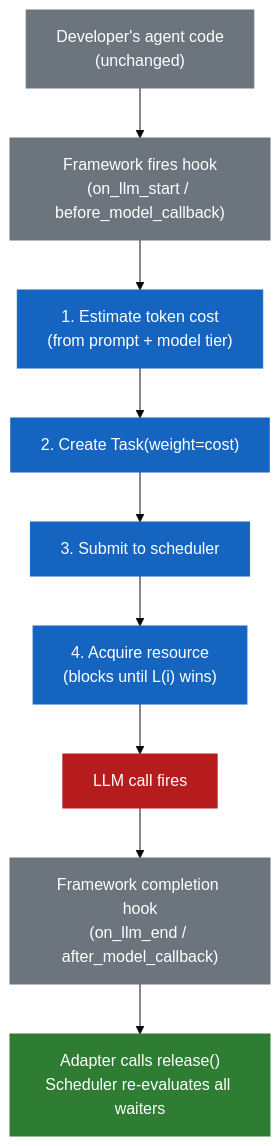
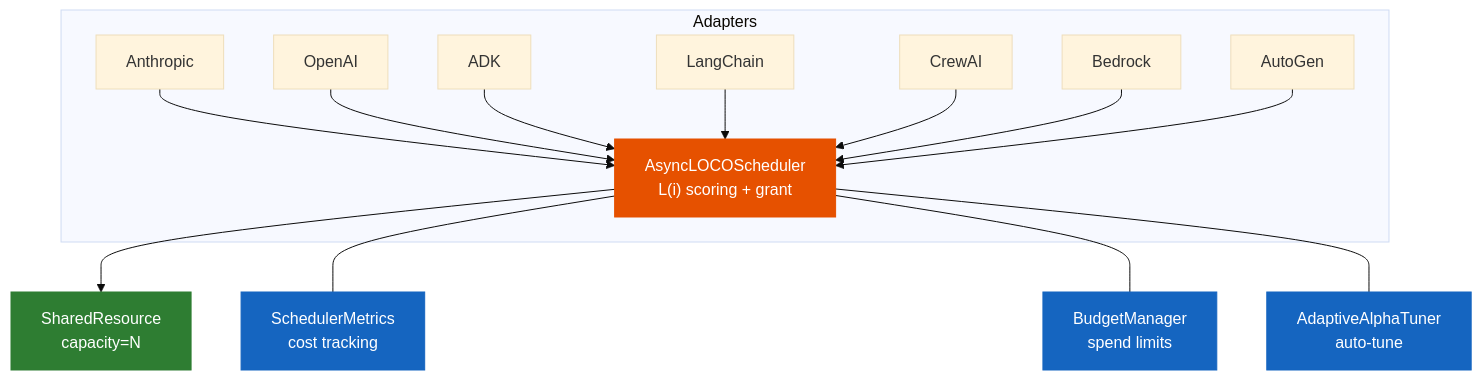
One commit to ArielSmoliar/loco-agent changed the second of 2 diagrams in README.md. Above: the diagram before and after it, drawn with Mermaid (base theme). The commit also changed other lines of this file, not shown here.

````diff
--- a/README.md
+++ b/README.md
@@ -315,23 +386,24 @@
 ```mermaid
 graph TD
-    DEV["Developer's agent code\n(unchanged)"] --> HOOK["Framework fires hook\n(on_llm_start / before_model_callback)"]
-    HOOK --> S1
+    subgraph Adapters
+        A1["Anthropic"] --> SCH
+        A2["OpenAI"] --> SCH
+        A3["ADK"] --> SCH
+        A4["LangChain"] --> SCH
+        A5["CrewAI"] --> SCH
+        A6["Bedrock"] --> SCH
+        A7["AutoGen"] --> SCH
+    end
 
-    S1["1. Estimate token cost\n(from prompt + model tier)"] --> S2["2. Create Task(weight=cost)"]
-    S2 --> S3["3. Submit to scheduler"]
-    S3 --> S4["4. Acquire resource\n(blocks until L(i) wins)"]
+    SCH["AsyncLOCOScheduler\nL(i) scoring + grant"] --> RES["SharedResource\ncapacity=N"]
 
-    S4 --> LLM["LLM call fires"]
-    LLM --> DONE["Framework completion hook\n(on_llm_end / after_model_callback)"]
-    DONE --> REL["Adapter calls release()\nScheduler re-evaluates all waiters"]
+    SCH --- MET["SchedulerMetrics\ncost tracking"]
+    SCH --- BUD["BudgetManager\nspend limits"]
+    SCH --- ALP["AdaptiveAlphaTuner\nauto-tune"]
 
-    style DEV fill:#6c757d,color:#fff,stroke:#6c757d
-    style HOOK fill:#6c757d,color:#fff,stroke:#6c757d
-    style S1 fill:#1565c0,color:#fff,stroke:#1565c0
-    style S2 fill:#1565c0,color:#fff,stroke:#1565c0
-    style S3 fill:#1565c0,color:#fff,stroke:#1565c0
-    style S4 fill:#1565c0,color:#fff,stroke:#1565c0
-    style LLM fill:#b71c1c,color:#fff,stroke:#b71c1c
-    style DONE fill:#6c757d,color:#fff,stroke:#6c757d
-    style REL fill:#2e7d32,color:#fff,stroke:#2e7d32
+    style SCH fill:#e65100,color:#fff,stroke:#e65100
+    style RES fill:#2e7d32,color:#fff,stroke:#2e7d32
+    style MET fill:#1565c0,color:#fff,stroke:#1565c0
+    style BUD fill:#1565c0,color:#fff,stroke:#1565c0
+    style ALP fill:#1565c0,color:#fff,stroke:#1565c0
 ```
````
